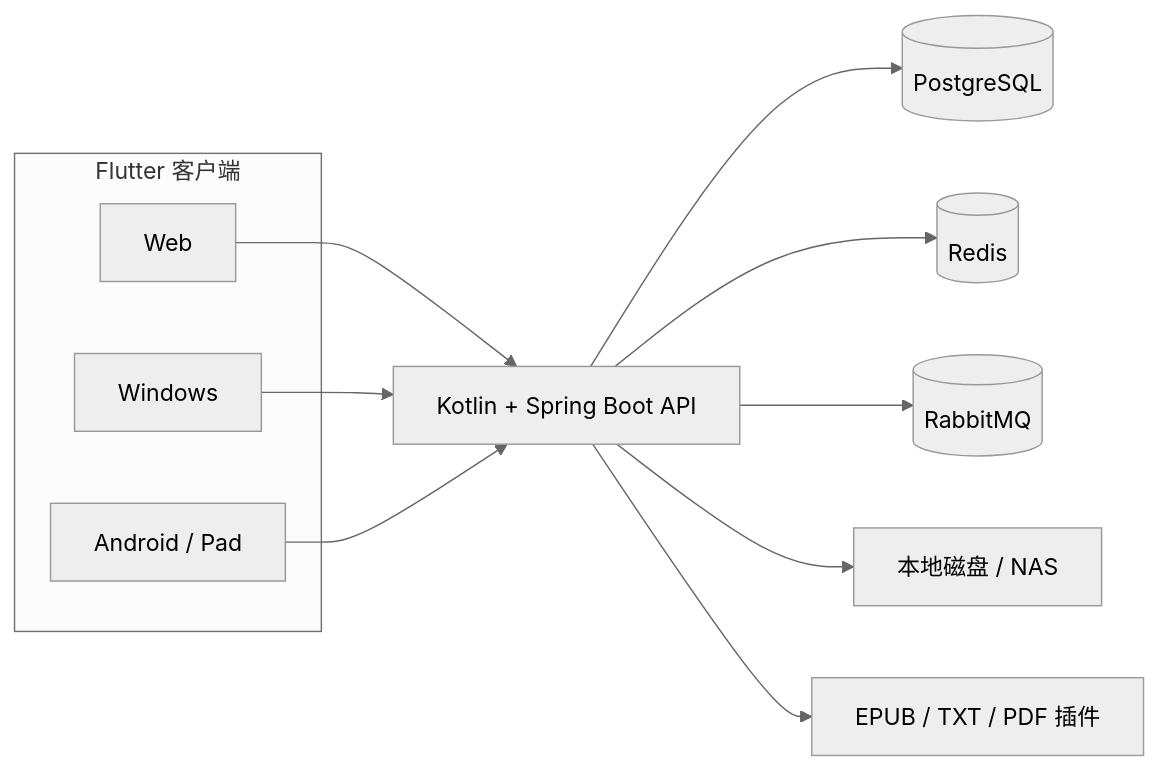
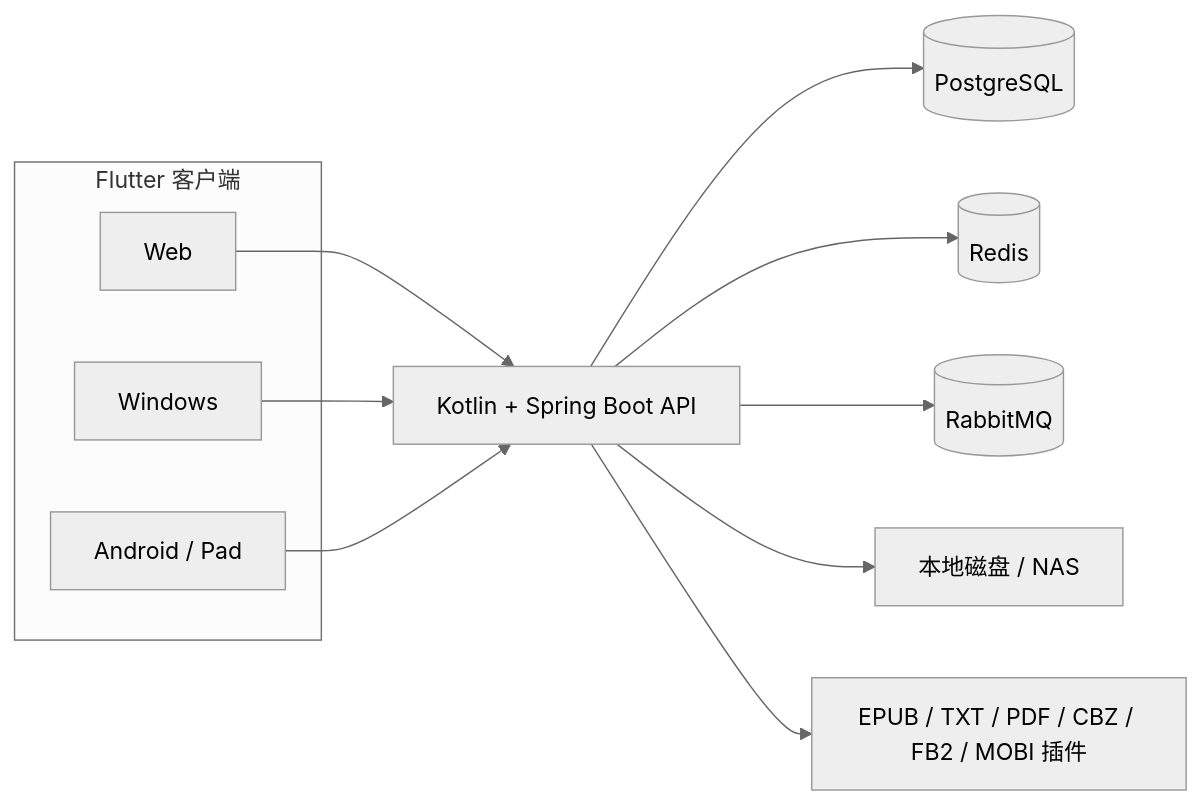
Before and after one commit to mini2436/Books: the diagram in README.md, drawn with Mermaid (neutral theme). The commit also changed other lines of this file and 55 other files, not shown here.

````diff
--- a/README.md
+++ b/README.md
@@ -54,18 +54,18 @@
 ```mermaid
 flowchart LR
     subgraph Client["Flutter 客户端"]
         Web["Web"]
         Windows["Windows"]
         Android["Android / Pad"]
     end
 
     Web --> API
     Windows --> API
     Android --> API
 
     API["Kotlin + Spring Boot API"] --> PG[("PostgreSQL")]
     API --> Redis[("Redis")]
     API --> MQ[("RabbitMQ")]
     API --> Storage["本地磁盘 / NAS"]
-    API --> Plugins["EPUB / TXT / PDF 插件"]
+    API --> Plugins["EPUB / TXT / PDF / CBZ / FB2 / MOBI 插件"]
 ```
````
